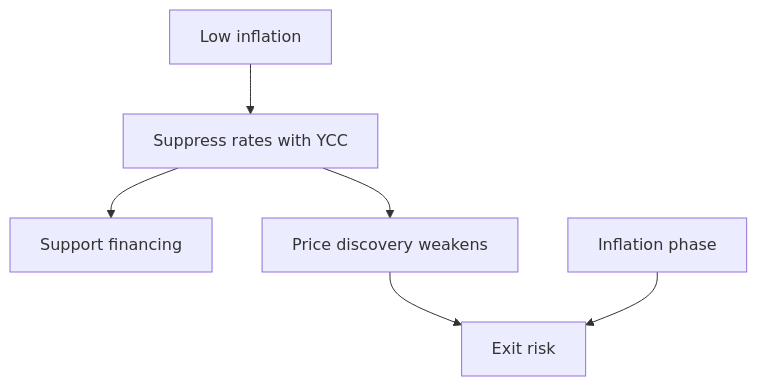
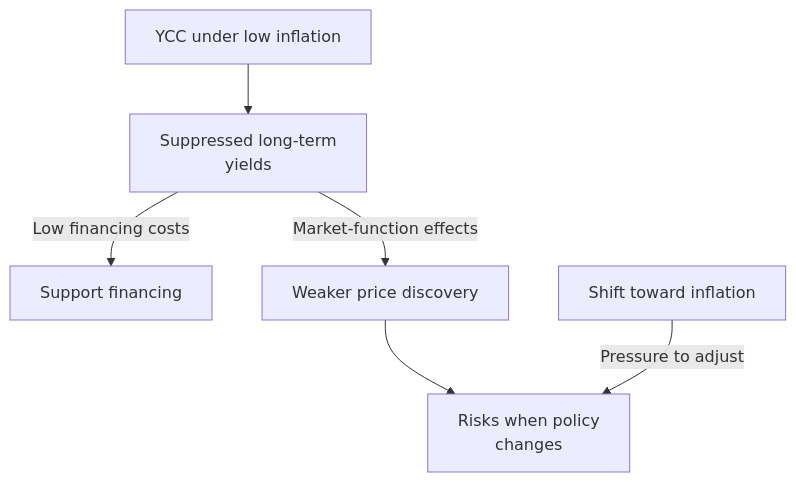
The second of 2 diagrams in articles/report/japan-interest-rate-policy/en/index.mdx (daylight55/research), drawn with Mermaid before and after one commit. The commit also changed other lines of this file and 181 other files, not shown here.

First line of the commit message:
全記事の図解368点を再生成し、共通注意書きを削除 (#402)

````diff
--- a/articles/report/japan-interest-rate-policy/en/index.mdx
+++ b/articles/report/japan-interest-rate-policy/en/index.mdx
@@ -92,8 +97,16 @@
 ```mermaid
 flowchart TD
-  A["Low inflation"] --> B["Suppress rates with YCC"]
-  B --> C["Support financing"]
-  B --> D["Price discovery weakens"]
-  D --> E["Exit risk"]
-  F["Inflation phase"] --> E
+  accTitle: YCC's financing support and effects on price discovery
+  accDescr: Suppressing long rates supports financing but also affects bond-market price discovery and risks when policy changes.
+  N0["YCC under low inflation"]
+  N1["Suppressed long-term<br/>yields"]
+  N2["Support financing"]
+  N3["Weaker price discovery"]
+  N4["Risks when policy<br/>changes"]
+  N5["Shift toward inflation"]
+  N0 --> N1
+  N1 -->|Low financing costs| N2
+  N1 -->|Market-function effects| N3
+  N3 --> N4
+  N5 -->|Pressure to adjust| N4
 ```
````
